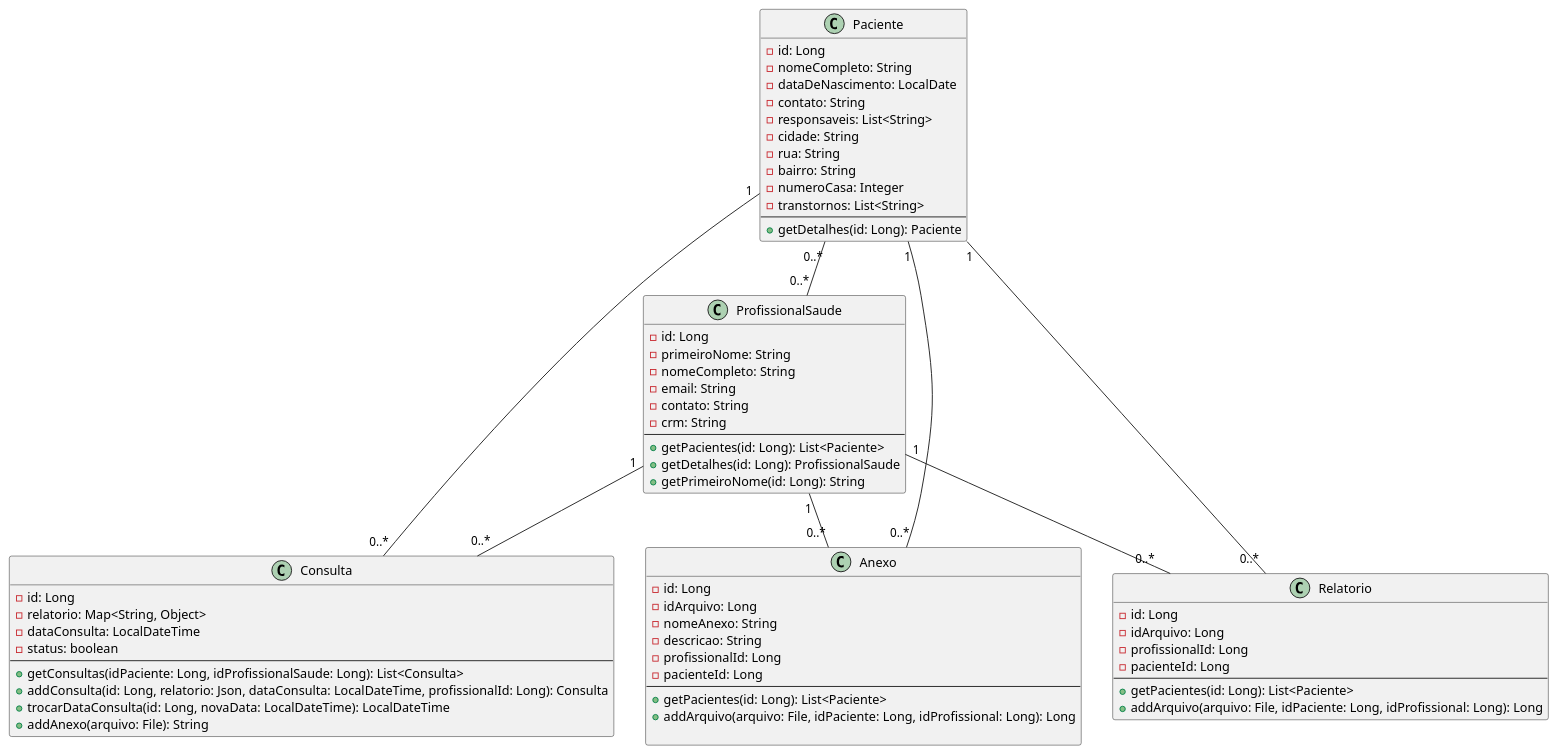
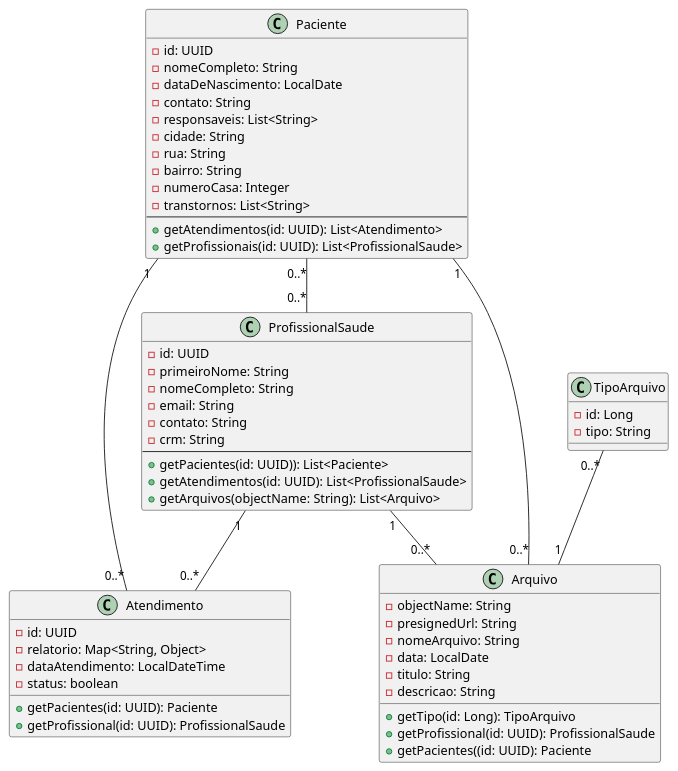
The diagram in docs/diagrama_de_classes.puml (IFPBEsp/APAE-atendimento), drawn with PlantUML before and after one commit. The commit also changed 1 other file, not shown here.

Commit message:
Refatoração do diagrama de classes

```diff
--- a/docs/diagrama_de_classes.puml
+++ b/docs/diagrama_de_classes.puml
@@ -1,75 +1,71 @@
 @startuml
 
 class Paciente {
-    - id: Long
+    - id: UUID
     - nomeCompleto: String
     - dataDeNascimento: LocalDate
     - contato: String
     - responsaveis: List<String>
     - cidade: String
     - rua: String
     - bairro: String
     - numeroCasa: Integer
     - transtornos: List<String>
     --
-    + getDetalhes(id: Long): Paciente
+    + getAtendimentos(id: UUID): List<Atendimento>
+    + getProfissionais(id: UUID): List<ProfissionalSaude>
 }
 
-class Consulta {
-    - id: Long
+class Atendimento {
+    - id: UUID
     - relatorio: Map<String, Object>
-    - dataConsulta: LocalDateTime
+    - dataAtendimento: LocalDateTime
     - status: boolean
-    --
-    + getConsultas(idPaciente: Long, idProfissionalSaude: Long): List<Consulta>
-    + addConsulta(id: Long, relatorio: Json, dataConsulta: LocalDateTime, profissionalId: Long): Consulta
-    + trocarDataConsulta(id: Long, novaData: LocalDateTime): LocalDateTime
-    + addAnexo(arquivo: File): String
+
+    +getPacientes(id: UUID): Paciente
+    +getProfissional(id: UUID): ProfissionalSaude
 }
 
 class ProfissionalSaude {
-    - id: Long
+    - id: UUID
     - primeiroNome: String
     - nomeCompleto: String
     - email: String
     - contato: String
     - crm: String
     --
-    + getPacientes(id: Long): List<Paciente>
-    + getDetalhes(id: Long): ProfissionalSaude
-    + getPrimeiroNome(id: Long): String
+    + getPacientes(id: UUID)): List<Paciente>
+    + getAtendimentos(id: UUID): List<ProfissionalSaude>
+    + getArquivos(objectName: String): List<Arquivo>
+}
+
+class Arquivo {
+    - objectName: String
+    - presignedUrl: String
+    - nomeArquivo: String
+    - data: LocalDate
+    - titulo: String
+    - descricao: String
+
+    + getTipo(id: Long): TipoArquivo
+    + getProfissional(id: UUID): ProfissionalSaude
+    + getPacientes((id: UUID): Paciente
+}
+
+class TipoArquivo {
+    - id: Long
+    - tipo: String
+
 }
 
 
-class Anexo {
-    - id: Long
-    - idArquivo: Long
-    - nomeAnexo: String
-    - descricao: String
-    - profissionalId: Long
-    - pacienteId: Long
-    --
-    + getPacientes(id: Long): List<Paciente>
-    + addArquivo(arquivo: File, idPaciente: Long, idProfissional: Long): Long
 
-}
 
-class Relatorio {
-    - id: Long
-    - idArquivo: Long
-    - profissionalId: Long
-    - pacienteId: Long
-    --
-    + getPacientes(id: Long): List<Paciente>
-    + addArquivo(arquivo: File, idPaciente: Long, idProfissional: Long): Long
-}
-
-Paciente "1" -- "0..*" Consulta
-ProfissionalSaude "1" -- "0..*" Consulta
+Paciente "1" -- "0..*" Atendimento
+ProfissionalSaude "1" -- "0..*" Atendimento
 Paciente "0..*" -- "0..*" ProfissionalSaude
-Anexo "0..*" -- "1" Paciente
-Paciente "1" -- "0..*" Relatorio
-ProfissionalSaude "1" -- "0..*" Relatorio
-ProfissionalSaude "1" -- "0..*" Anexo
+TipoArquivo "0..*" -- "1" Arquivo
+Paciente "1" -- "0..*" Arquivo
+ProfissionalSaude "1" -- "0..*" Arquivo
 
 @enduml
```
